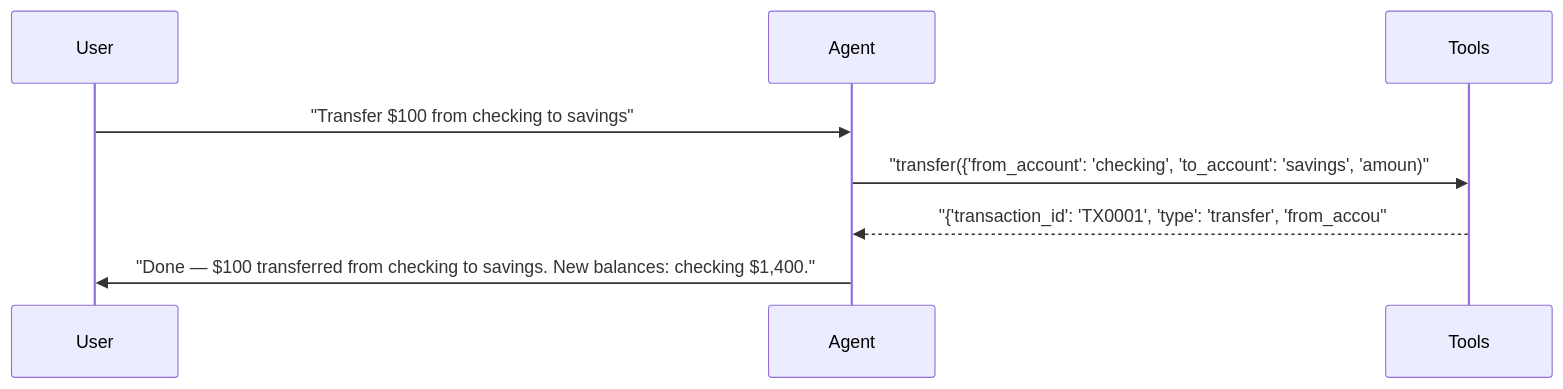
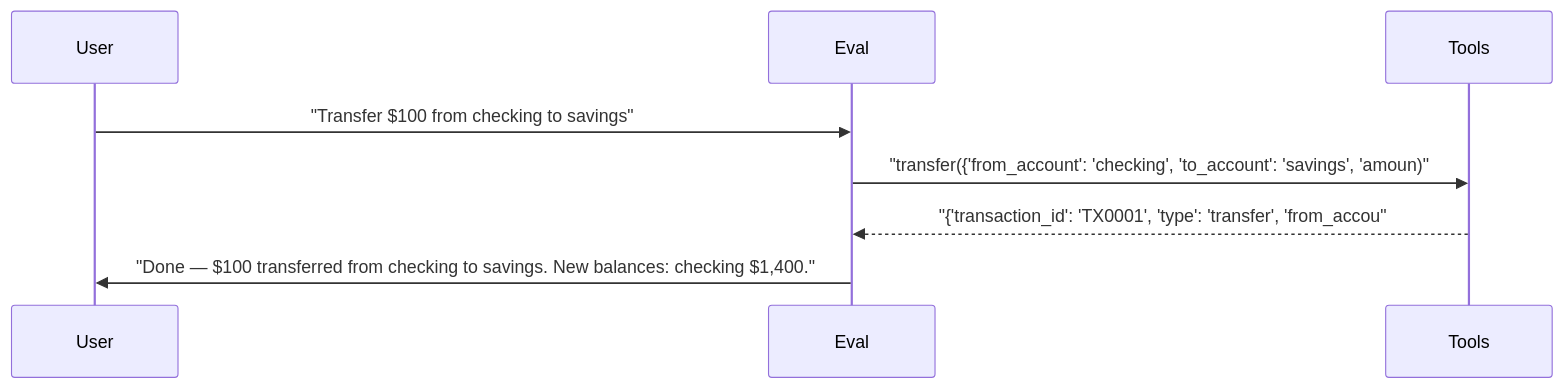
One commit to sbroenne/pytest-skill-engineering changed the seventh of 8 diagrams in docs/reports/06_model_prompt_matrix.md. Above: the diagram before and after it, drawn with Mermaid. The commit also changed other lines of this file and 155 other files, not shown here.

````diff
--- a/docs/reports/06_model_prompt_matrix.md
+++ b/docs/reports/06_model_prompt_matrix.md
@@ -400,11 +400,11 @@
 ```mermaid
 sequenceDiagram
     participant User
-    participant Agent
+    participant Eval
     participant Tools
 
-    User->>Agent: "Transfer $100 from checking to savings"
-    Agent->>Tools: "transfer({'from_account': 'checking', 'to_account': 'savings', 'amoun)"
-    Tools-->>Agent: "{'transaction_id': 'TX0001', 'type': 'transfer', 'from_accou"
-    Agent->>User: "Done — $100 transferred from checking to savings. New balances: checking $1,400."
+    User->>Eval: "Transfer $100 from checking to savings"
+    Eval->>Tools: "transfer({'from_account': 'checking', 'to_account': 'savings', 'amoun)"
+    Tools-->>Eval: "{'transaction_id': 'TX0001', 'type': 'transfer', 'from_accou"
+    Eval->>User: "Done — $100 transferred from checking to savings. New balances: checking $1,400."
 ```
````
